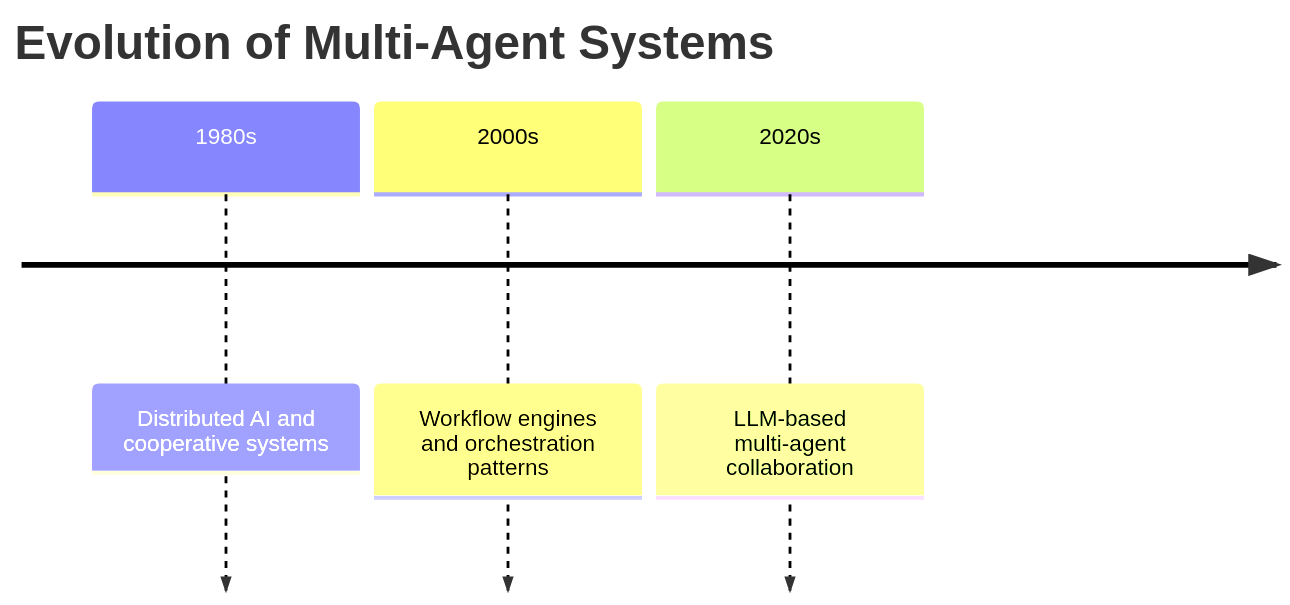
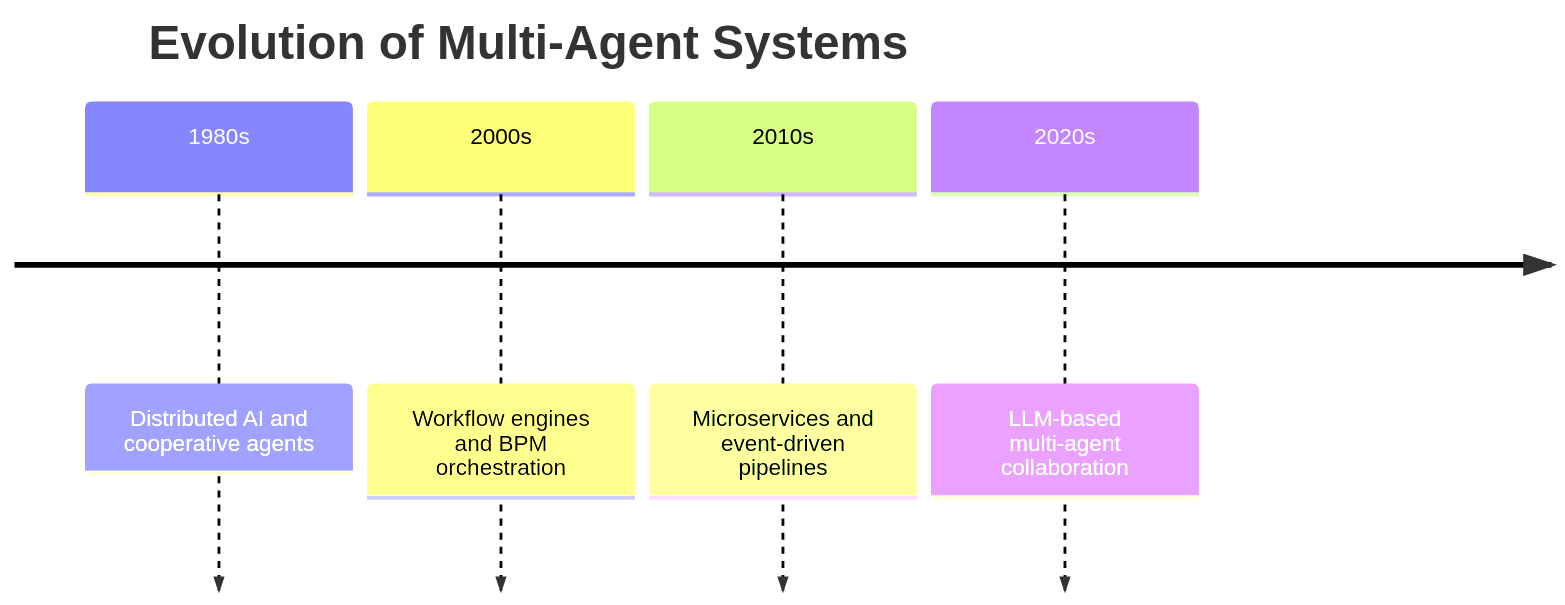
The second of 14 diagrams in day_24/day_24_multi_agent_systems.md (Asabeneh/30-Days-Of-AI-Engineering), drawn with Mermaid before and after one commit. The commit also changed other lines of this file and 49 other files, not shown here.

````diff
--- a/day_24/day_24_multi_agent_systems.md
+++ b/day_24/day_24_multi_agent_systems.md
@@ -72,7 +120,8 @@
 ```mermaid
 timeline
-        title Evolution of Multi-Agent Systems
-        1980s : Distributed AI and cooperative systems
-        2000s : Workflow engines and orchestration patterns
-        2020s : LLM-based multi-agent collaboration
+    title Evolution of Multi-Agent Systems
+    1980s : Distributed AI and cooperative agents
+    2000s : Workflow engines and BPM orchestration
+    2010s : Microservices and event-driven pipelines
+    2020s : LLM-based multi-agent collaboration
 ```
````
